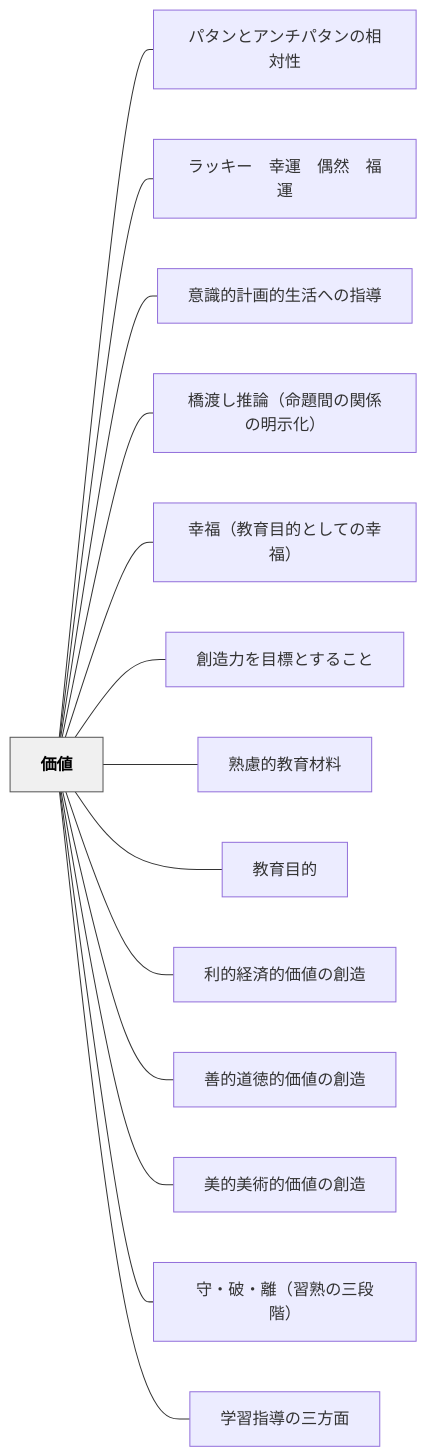
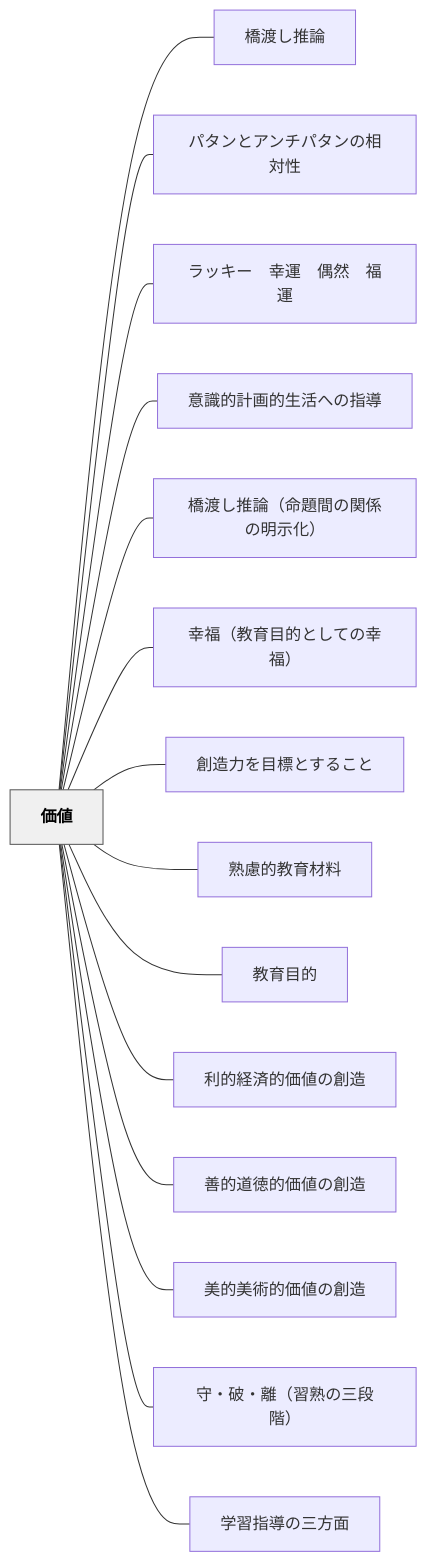
The diagram in content/パタン/価値.md (unknownthings-ed-patterns/unknownthings-ed-patterns), drawn with Mermaid before and after one commit. The commit also changed other lines of this file and 9 other files, not shown here.

````diff
--- a/content/パタン/価値.md
+++ b/content/パタン/価値.md
@@ -144,34 +145,36 @@
 ```mermaid
 flowchart LR
     ne4bea1e580a4["価値"]
+    ne6a98be6b8a1e38197e68ea8e8ab96["橋渡し推論"]
     ne38391e382bfe383b3e381a8e382a2e383b3e38381e38391e382bfe383b3e381aee79bb8e5afbee680a7["パタンとアンチパタンの相対性"]
     ne383a9e38383e382ade383bce38080e5b9b8e9818be38080e581b6e784b6e38080e7a68fe9818b["ラッキー　幸運　偶然　福運"]
     ne6848fe8ad98e79a84e8a888e794bbe79a84e7949fe6b4bbe381b8e381aee68c87e5b08e["意識的計画的生活への指導"]
     ne6a98be6b8a1e38197e68ea8e8ab96efbc88e591bde9a18ce99693e381aee996a2e4bf82e381aee6988ee7a4bae58c96efbc89["橋渡し推論（命題間の関係の明示化）"]
     ne5b9b8e7a68fefbc88e69599e882b2e79baee79a84e381a8e38197e381a6e381aee5b9b8e7a68fefbc89["幸福（教育目的としての幸福）"]
     ne589b5e980a0e58a9be38292e79baee6a899e381a8e38199e3828be38193e381a8["創造力を目標とすること"]
     ne7869fe685aee79a84e69599e882b2e69d90e69699["熟慮的教育材料"]
     ne69599e882b2e79baee79a84["教育目的"]
     ne588a9e79a84e7b58ce6b888e79a84e4bea1e580a4e381aee589b5e980a0["利的経済的価値の創造"]
     ne59684e79a84e98193e5beb3e79a84e4bea1e580a4e381aee589b5e980a0["善的道徳的価値の創造"]
     ne7be8ee79a84e7be8ee8a193e79a84e4bea1e580a4e381aee589b5e980a0["美的美術的価値の創造"]
     ne5ae88e383bbe7a0b4e383bbe99ba2efbc88e7bf92e7869fe381aee4b889e6aeb5e99a8eefbc89["守・破・離（習熟の三段階）"]
     ne5ada6e7bf92e68c87e5b08ee381aee4b889e696b9e99da2["学習指導の三方面"]
 
+    ne4bea1e580a4 --- ne6a98be6b8a1e38197e68ea8e8ab96
     ne4bea1e580a4 --- ne38391e382bfe383b3e381a8e382a2e383b3e38381e38391e382bfe383b3e381aee79bb8e5afbee680a7
     ne4bea1e580a4 --- ne383a9e38383e382ade383bce38080e5b9b8e9818be38080e581b6e784b6e38080e7a68fe9818b
     ne4bea1e580a4 --- ne6848fe8ad98e79a84e8a888e794bbe79a84e7949fe6b4bbe381b8e381aee68c87e5b08e
     ne4bea1e580a4 --- ne6a98be6b8a1e38197e68ea8e8ab96efbc88e591bde9a18ce99693e381aee996a2e4bf82e381aee6988ee7a4bae58c96efbc89
     ne4bea1e580a4 --- ne5b9b8e7a68fefbc88e69599e882b2e79baee79a84e381a8e38197e381a6e381aee5b9b8e7a68fefbc89
     ne4bea1e580a4 --- ne589b5e980a0e58a9be38292e79baee6a899e381a8e38199e3828be38193e381a8
     ne4bea1e580a4 --- ne7869fe685aee79a84e69599e882b2e69d90e69699
     ne4bea1e580a4 --- ne69599e882b2e79baee79a84
     ne4bea1e580a4 --- ne588a9e79a84e7b58ce6b888e79a84e4bea1e580a4e381aee589b5e980a0
     ne4bea1e580a4 --- ne59684e79a84e98193e5beb3e79a84e4bea1e580a4e381aee589b5e980a0
     ne4bea1e580a4 --- ne7be8ee79a84e7be8ee8a193e79a84e4bea1e580a4e381aee589b5e980a0
     ne4bea1e580a4 --- ne5ae88e383bbe7a0b4e383bbe99ba2efbc88e7bf92e7869fe381aee4b889e6aeb5e99a8eefbc89
     ne4bea1e580a4 --- ne5ada6e7bf92e68c87e5b08ee381aee4b889e696b9e99da2
 
     classDef hub fill:#f0f0f0,stroke:#555,color:#000,font-weight:bold
     class ne4bea1e580a4 hub
 ```
````
